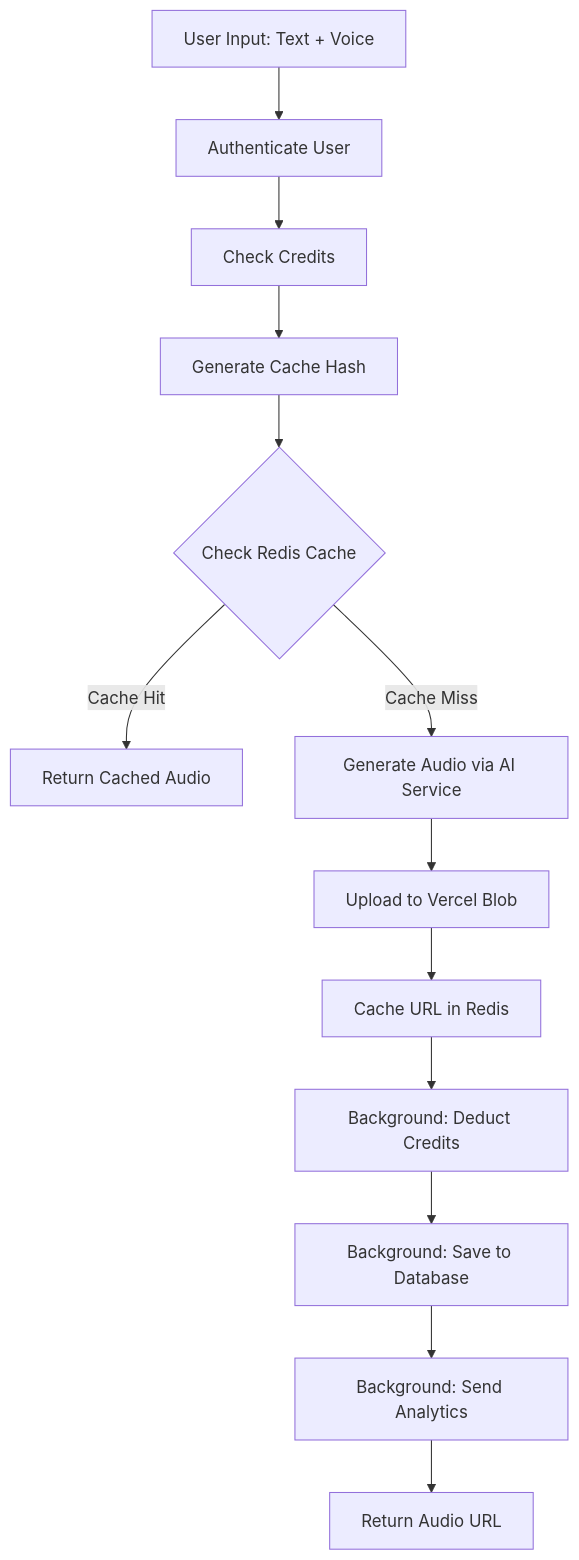
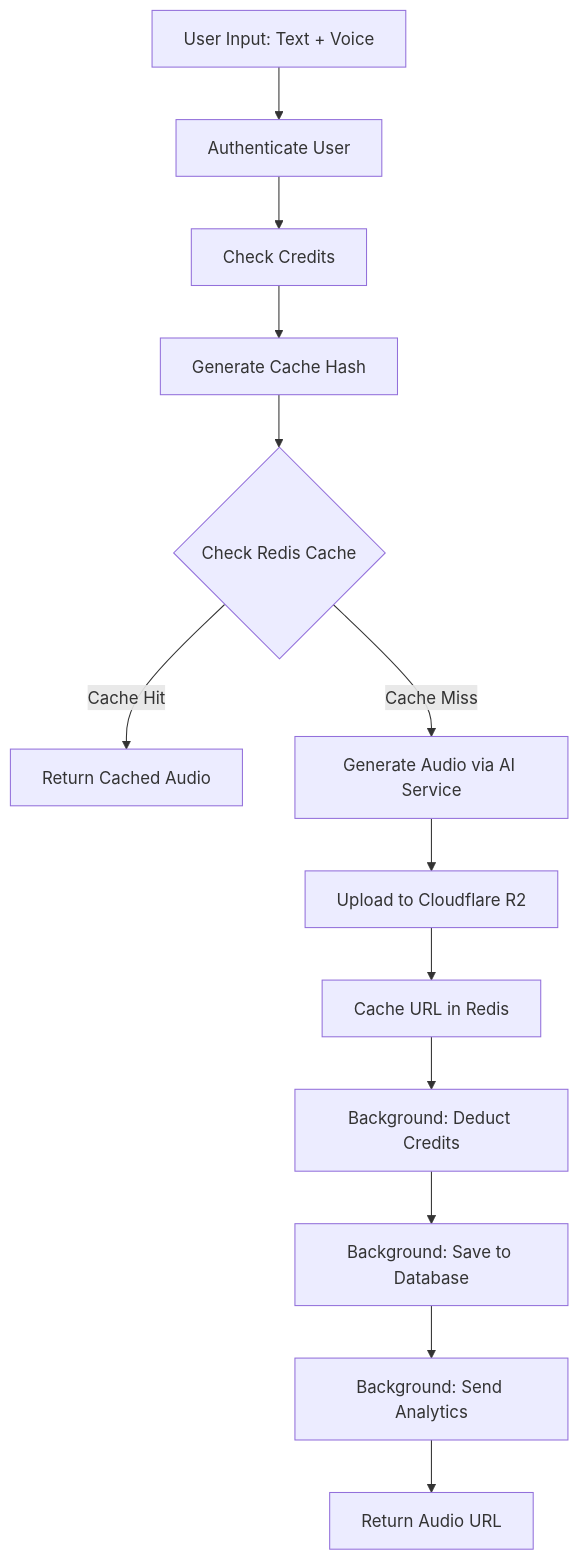
The first of 2 diagrams in ARCHITECTURE.md (gianpaj/sexyvoice), drawn with Mermaid before and after one commit. The commit also changed other lines of this file and 46 other files, not shown here.

````diff
--- a/ARCHITECTURE.md
+++ b/ARCHITECTURE.md
@@ -30,15 +30,15 @@
 ```mermaid
 flowchart TD
     A[User Input: Text + Voice] --> B[Authenticate User]
     B --> C[Check Credits]
     C --> D[Generate Cache Hash]
     D --> E{Check Redis Cache}
     E -->|Cache Hit| F[Return Cached Audio]
     E -->|Cache Miss| G[Generate Audio via AI Service]
-    G --> H[Upload to Vercel Blob]
+    G --> H[Upload to Cloudflare R2]
     H --> I[Cache URL in Redis]
     I --> J[Background: Deduct Credits]
     J --> K[Background: Save to Database]
     K --> L[Background: Send Analytics]
     L --> M[Return Audio URL]
 ```
````
